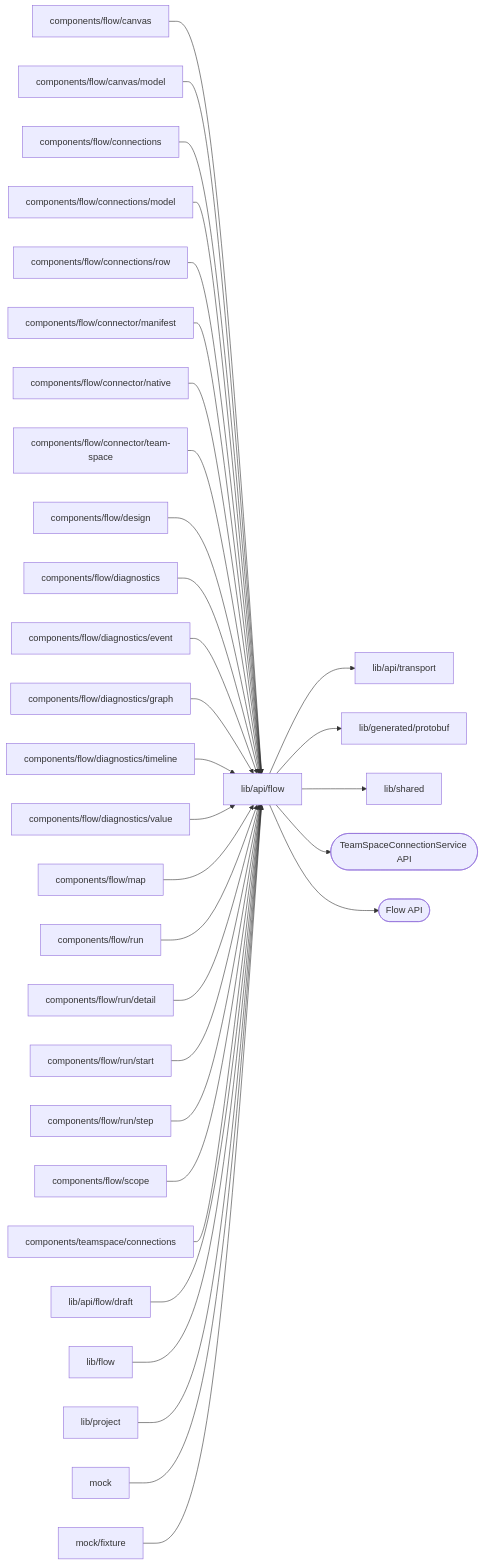
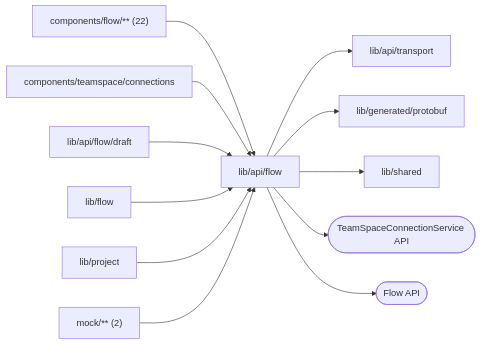
Before and after one commit to superdurable/superverse: the diagram in web/studio/lib/api/flow/README.md, drawn with Mermaid. The commit also changed other lines of this file and 278 other files, not shown here.

````diff
--- a/web/studio/lib/api/flow/README.md
+++ b/web/studio/lib/api/flow/README.md
@@ -10,35 +10,15 @@
 ```mermaid
 flowchart LR
   self["lib/api/flow"]
-  c0["components/flow/canvas"] --> self
-  c1["components/flow/canvas/model"] --> self
-  c2["components/flow/connections"] --> self
-  c3["components/flow/connections/model"] --> self
-  c4["components/flow/connections/row"] --> self
-  c5["components/flow/connector/manifest"] --> self
-  c6["components/flow/connector/native"] --> self
-  c7["components/flow/connector/team-space"] --> self
-  c8["components/flow/design"] --> self
-  c9["components/flow/diagnostics"] --> self
-  c10["components/flow/diagnostics/event"] --> self
-  c11["components/flow/diagnostics/graph"] --> self
-  c12["components/flow/diagnostics/timeline"] --> self
-  c13["components/flow/diagnostics/value"] --> self
-  c14["components/flow/map"] --> self
-  c15["components/flow/run"] --> self
-  c16["components/flow/run/detail"] --> self
-  c17["components/flow/run/start"] --> self
-  c18["components/flow/run/step"] --> self
-  c19["components/flow/scope"] --> self
-  c20["components/teamspace/connections"] --> self
-  c21["lib/api/flow/draft"] --> self
-  c22["lib/flow"] --> self
-  c23["lib/project"] --> self
-  c24["mock"] --> self
-  c25["mock/fixture"] --> self
+  c0["components/flow/** (22)"] --> self
+  c1["components/teamspace/connections"] --> self
+  c2["lib/api/flow/draft"] --> self
+  c3["lib/flow"] --> self
+  c4["lib/project"] --> self
+  c5["mock/** (2)"] --> self
   self --> d0["lib/api/transport"]
   self --> d1["lib/generated/protobuf"]
   self --> d2["lib/shared"]
   self --> e0(["TeamSpaceConnectionService API"])
   self --> e1(["Flow API"])
 ```
````
